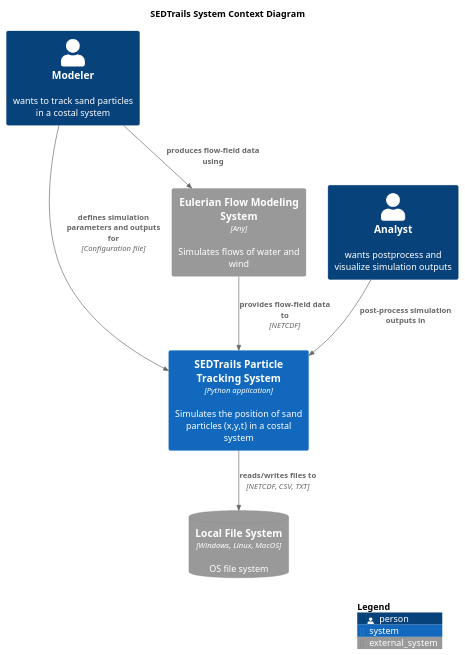
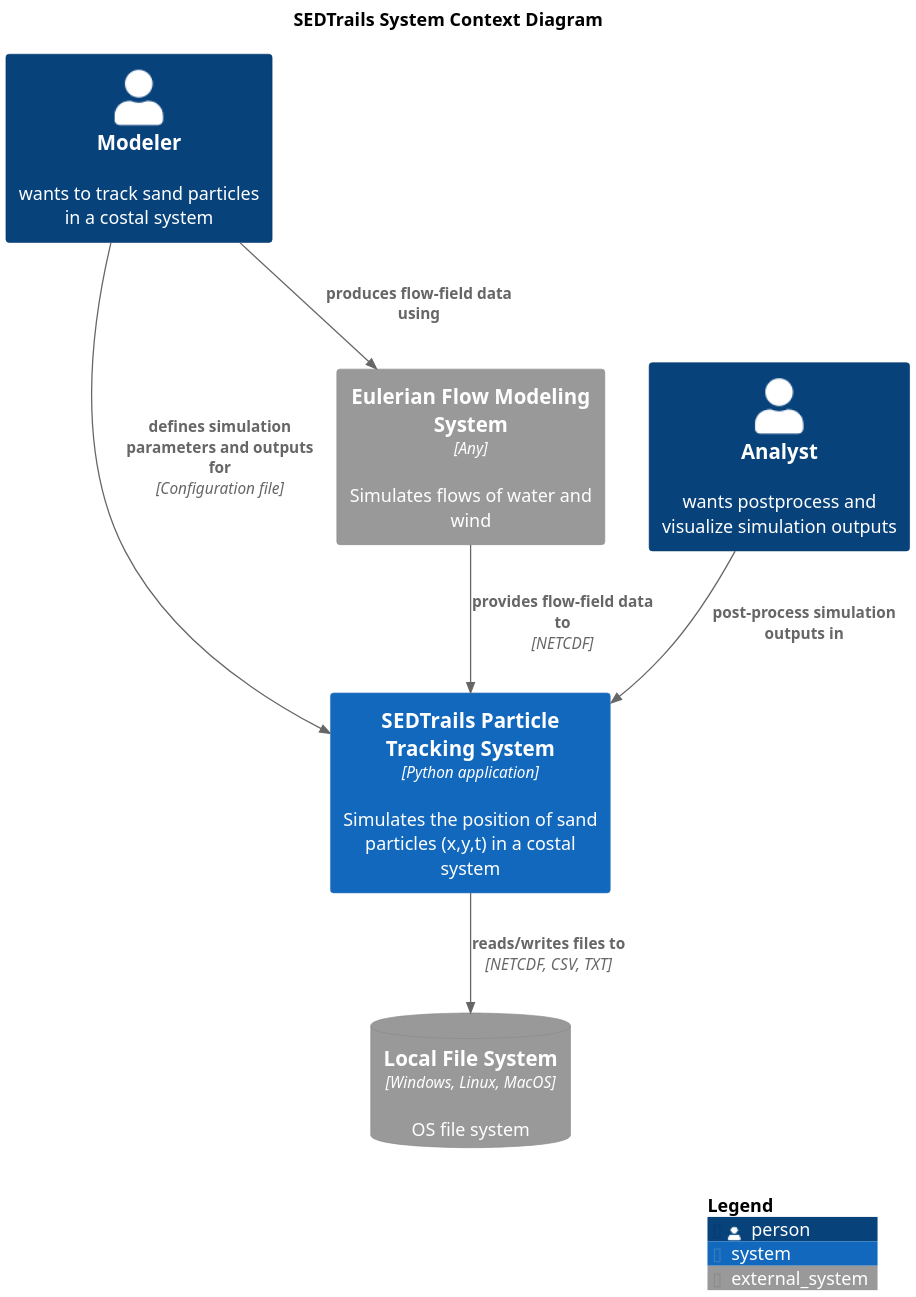
One commit to sgpearson17/sedtrails-sgp changed the diagram in diagrams/context-system.puml. Above: the diagram before and after it, drawn with PlantUML. The commit also changed 9 other files, not shown here.

Commit message:
update component diagram titles and scales for clarity across multiple applications

```diff
--- a/diagrams/context-system.puml
+++ b/diagrams/context-system.puml
@@ -1,31 +1,31 @@
 @startuml SedtrailContext
 !include ./c4/C4_Context.puml
 
 ' !theme C4_sandstone from ./c4/themes
 title SEDTrails System Context Diagram
-scale 1
+scale 2
 
 Person(modeler, "Modeler", "wants to track sand particles in a costal system")
 Person(analyst, "Analyst", "wants postprocess and visualize simulation outputs")
 
 
 System(sedtrails, "SEDTrails Particle Tracking System", "Simulates the position of sand particles (x,y,t) in a costal system", $type="Python application")
 
 
 System_Ext(flowSystem, "Eulerian Flow Modeling System", "Simulates flows of water and wind", $type="Any")
 
 SystemDb_Ext(fileSystem, "Local File System", "OS file system", $type="Windows, Linux, MacOS")
 
 Rel(analyst, sedtrails, "post-process simulation outputs in")
 Rel(sedtrails, fileSystem, "reads/writes files to", "NETCDF, CSV, TXT")
 
 Rel(modeler, sedtrails, "defines simulation parameters and outputs for", "Configuration file")
 Rel(modeler, flowSystem, "produces flow-field data using")
 
 ' Rel(connectivityNetworkSys, sedtrails, "access simulation outputs from", "NETCDF")
 ' Rel(statisticsSys, sedtrails, "access simulation outputs from", "NETCDF")
 
 Rel(flowSystem, sedtrails, "provides flow-field data to ", "NETCDF")
 
 SHOW_LEGEND()
 @enduml
```
